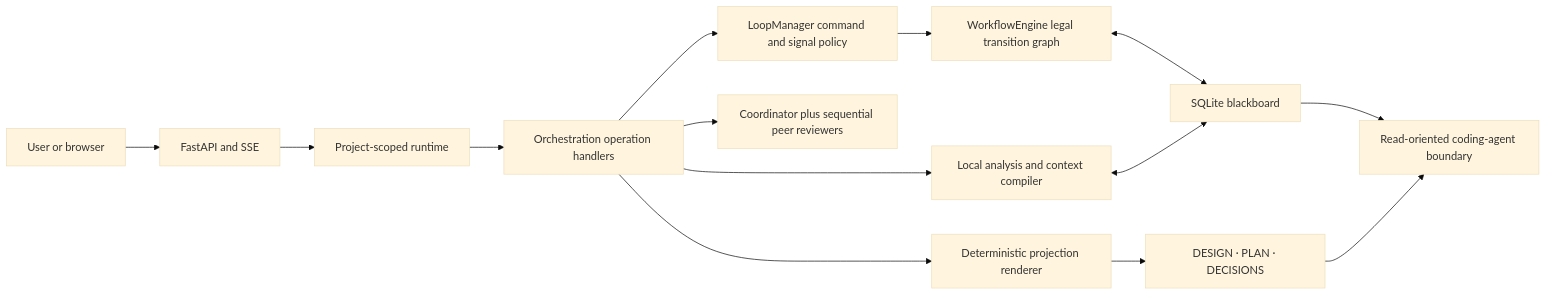
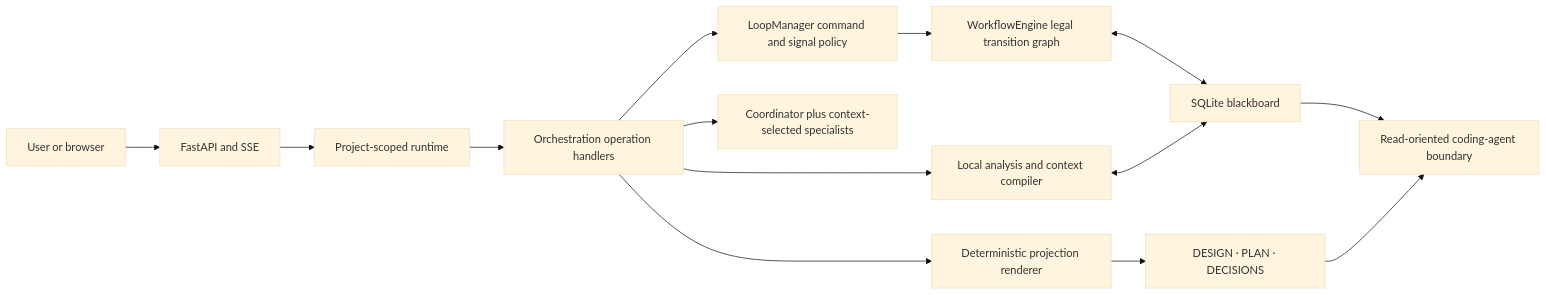
The first of 4 diagrams in docs/ARCHITECTURE.md (ankurv/DesignFlow), drawn with Mermaid (base theme) before and after one commit. The commit also changed other lines of this file and 8 other files, not shown here.

````diff
--- a/docs/ARCHITECTURE.md
+++ b/docs/ARCHITECTURE.md
@@ -9,16 +9,16 @@
 ```mermaid
 flowchart LR
     User["User or browser"] --> API["FastAPI and SSE"]
     API --> Runtime["Project-scoped runtime"]
     Runtime --> O["Orchestration operation handlers"]
     O --> L["LoopManager command and signal policy"]
     L --> E["WorkflowEngine legal transition graph"]
     E <--> DB["SQLite blackboard"]
-    O --> Experts["Coordinator plus sequential peer reviewers"]
+    O --> Experts["Coordinator plus context-selected specialists"]
     O --> Local["Local analysis and context compiler"]
     Local <--> DB
     O --> Renderer["Deterministic projection renderer"]
     Renderer --> Files["DESIGN · PLAN · DECISIONS"]
     DB --> MCP["Read-oriented coding-agent boundary"]
     Files --> MCP
 ```
````
